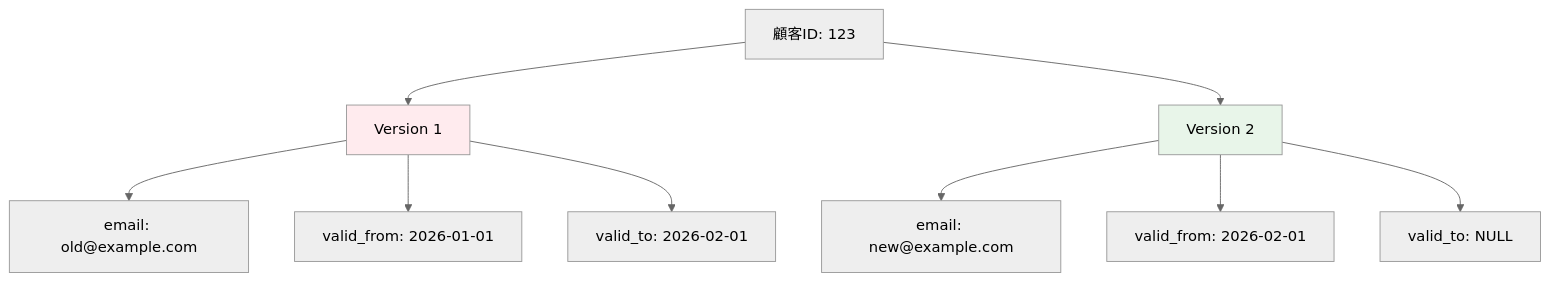
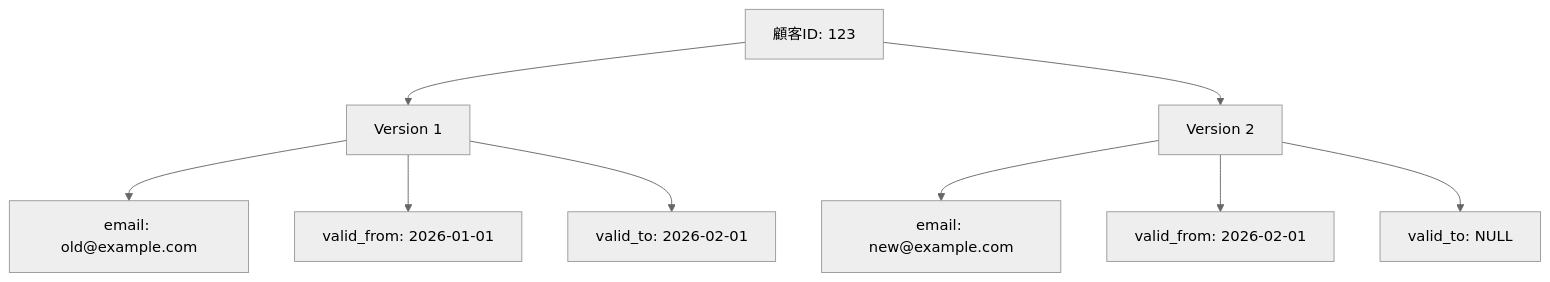
Before and after one commit to 1210yuichi0/1210yuichi0.github.io: the ninth of 14 diagrams in content/Tech/dbt/categories/snapshot-config.md, drawn with Mermaid (neutral theme). The commit also changed other lines of this file and 22 other files, not shown here.

First line of the commit message:
style: remove Mermaid style directives for dark mode compatibility

````diff
--- a/content/Tech/dbt/categories/snapshot-config.md
+++ b/content/Tech/dbt/categories/snapshot-config.md
@@ -961,15 +940,13 @@
 ```mermaid
 graph TB
     A[顧客ID: 123] --> B[Version 1]
     B --> C[email: old@example.com]
     B --> D[valid_from: 2026-01-01]
     B --> E[valid_to: 2026-02-01]
 
     A --> F[Version 2]
     F --> G[email: new@example.com]
     F --> H[valid_from: 2026-02-01]
     F --> I[valid_to: NULL]
 
-    style B fill:#ffebee
-    style F fill:#e8f5e9
 ```
````
